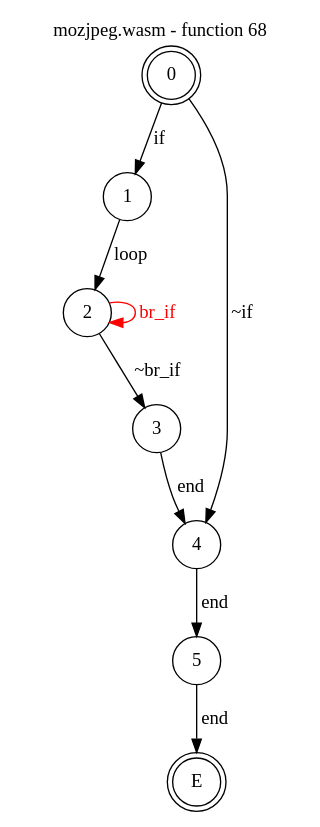
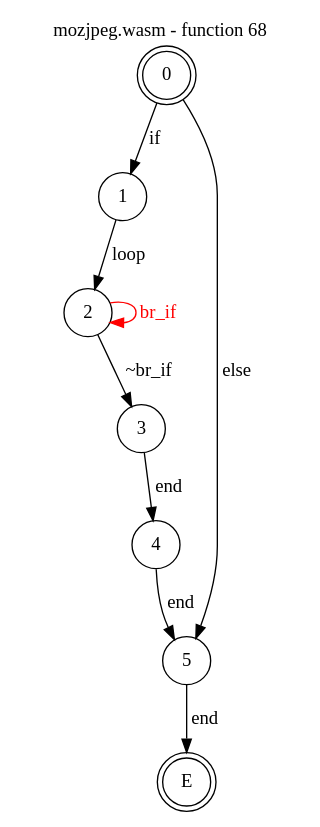
Before and after one commit to jsCarleton/wanalyze: the diagram in test_cases/mozjpeg/funcs/mozjpeg-func68.dot, drawn with Graphviz. The commit also changed 102512 other files, not shown here.

```diff
--- a/test_cases/mozjpeg/funcs/mozjpeg-func68.dot
+++ b/test_cases/mozjpeg/funcs/mozjpeg-func68.dot
@@ -1,17 +1,17 @@
 digraph finite_state_machine {
     label = "mozjpeg.wasm - function 68"
     labelloc =  t
     labelfontsize = 16
     labelfontcolor = black
     labelfontname = "Helvetica"
     node [shape = doublecircle]; 0 E ;
     node [shape = circle];
     0 -> 1[label="if"];
-    0 -> 4[label="~if"];
+    0 -> 5[label="else"];
     1 -> 2[label="loop"];
     2 -> 3[label="~br_if"];
     2 -> 2[color="red" fontcolor="red" label="br_if"];
     3 -> 4[label="end"];
     4 -> 5[label="end"];
     5 -> E[label="end"];
 }
```
